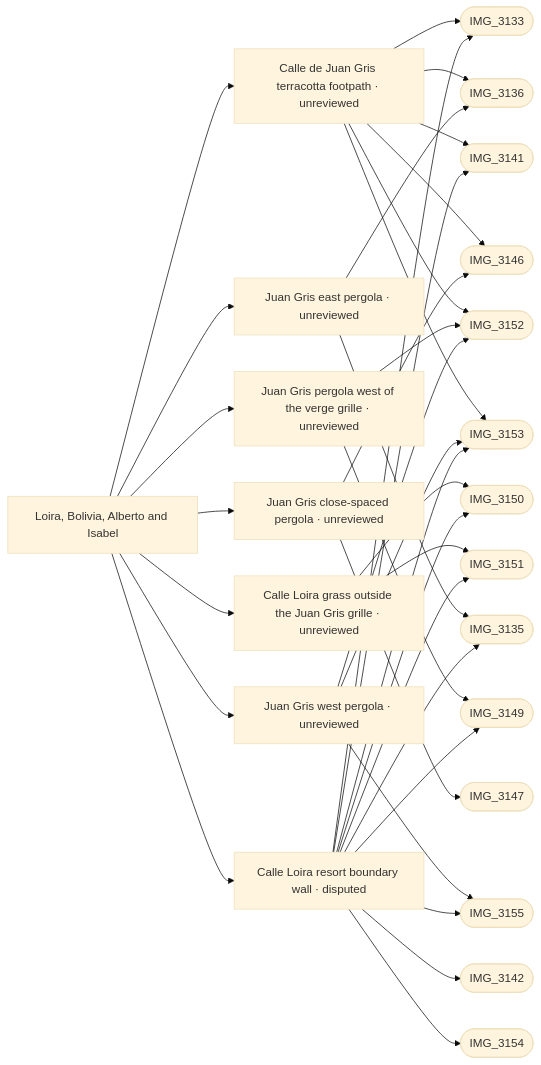
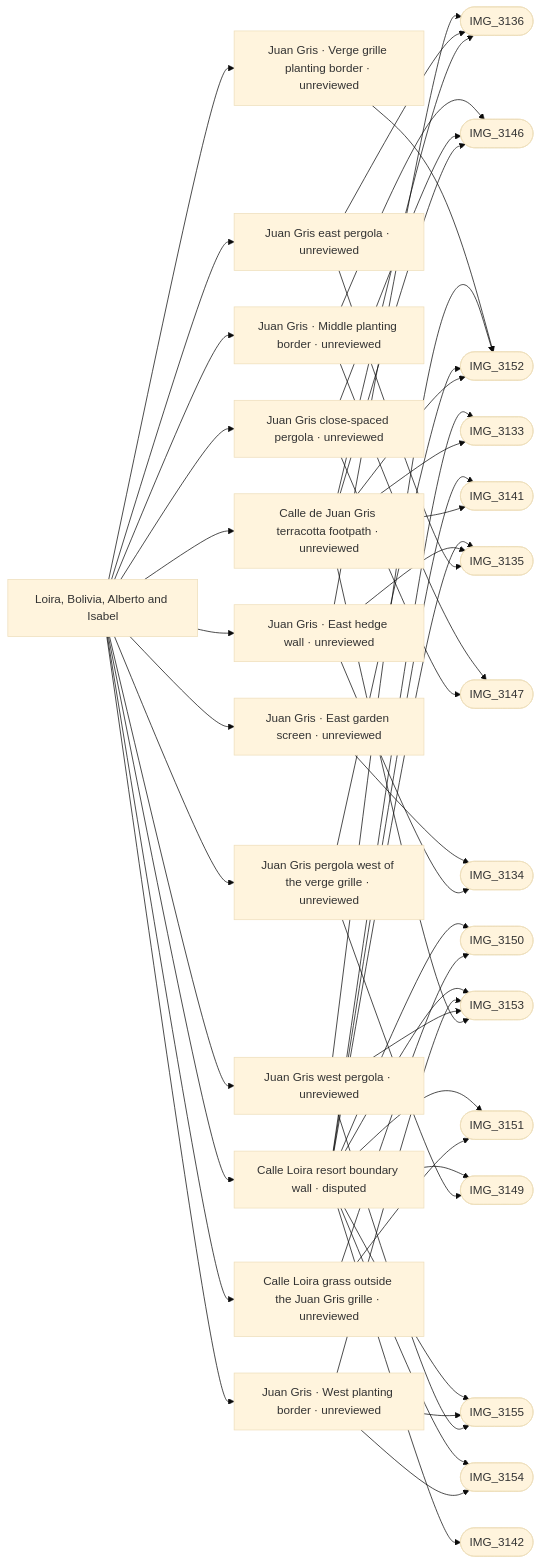
The diagram in refs/areas/north-lanes.md (daveyboyc/villacana-venture), drawn with Mermaid (base theme) before and after one commit. The commit also changed other lines of this file and 25 other files, not shown here.

Commit message:
Build the photographed house-side walls and borders along Juan Gris

````diff
--- a/refs/areas/north-lanes.md
+++ b/refs/areas/north-lanes.md
@@ -37,38 +37,53 @@
 ```mermaid
 graph LR
   A["Loira, Bolivia, Alberto and Isabel"]
   A --> F0["Calle de Juan Gris terracotta footpath · unreviewed"]
   F0 --> PIMG_3133_jpg(["IMG_3133"])
   F0 --> PIMG_3136_jpg(["IMG_3136"])
   F0 --> PIMG_3141_jpg(["IMG_3141"])
   F0 --> PIMG_3146_jpg(["IMG_3146"])
   F0 --> PIMG_3152_jpg(["IMG_3152"])
   F0 --> PIMG_3153_jpg(["IMG_3153"])
   A --> F1["Calle Loira grass outside the Juan Gris grille · unreviewed"]
   F1 --> PIMG_3150_jpg(["IMG_3150"])
   F1 --> PIMG_3151_jpg(["IMG_3151"])
   A --> F2["Juan Gris east pergola · unreviewed"]
   F2 --> PIMG_3135_jpg(["IMG_3135"])
   F2 --> PIMG_3136_jpg(["IMG_3136"])
   A --> F3["Juan Gris pergola west of the verge grille · unreviewed"]
   F3 --> PIMG_3149_jpg(["IMG_3149"])
   F3 --> PIMG_3152_jpg(["IMG_3152"])
   A --> F4["Juan Gris close-spaced pergola · unreviewed"]
   F4 --> PIMG_3146_jpg(["IMG_3146"])
   F4 --> PIMG_3147_jpg(["IMG_3147"])
   A --> F5["Juan Gris west pergola · unreviewed"]
   F5 --> PIMG_3152_jpg(["IMG_3152"])
   F5 --> PIMG_3153_jpg(["IMG_3153"])
   F5 --> PIMG_3155_jpg(["IMG_3155"])
-  A --> F6["Calle Loira resort boundary wall · disputed"]
-  F6 --> PIMG_3133_jpg(["IMG_3133"])
+  A --> F6["Juan Gris · East hedge wall · unreviewed"]
+  F6 --> PIMG_3134_jpg(["IMG_3134"])
   F6 --> PIMG_3135_jpg(["IMG_3135"])
-  F6 --> PIMG_3141_jpg(["IMG_3141"])
-  F6 --> PIMG_3142_jpg(["IMG_3142"])
-  F6 --> PIMG_3149_jpg(["IMG_3149"])
-  F6 --> PIMG_3150_jpg(["IMG_3150"])
-  F6 --> PIMG_3151_jpg(["IMG_3151"])
-  F6 --> PIMG_3153_jpg(["IMG_3153"])
-  F6 --> PIMG_3154_jpg(["IMG_3154"])
-  F6 --> PIMG_3155_jpg(["IMG_3155"])
+  F6 --> PIMG_3136_jpg(["IMG_3136"])
+  A --> F7["Juan Gris · East garden screen · unreviewed"]
+  F7 --> PIMG_3134_jpg(["IMG_3134"])
+  A --> F8["Juan Gris · Verge grille planting border · unreviewed"]
+  F8 --> PIMG_3152_jpg(["IMG_3152"])
+  A --> F9["Juan Gris · Middle planting border · unreviewed"]
+  F9 --> PIMG_3146_jpg(["IMG_3146"])
+  F9 --> PIMG_3147_jpg(["IMG_3147"])
+  A --> F10["Juan Gris · West planting border · unreviewed"]
+  F10 --> PIMG_3153_jpg(["IMG_3153"])
+  F10 --> PIMG_3154_jpg(["IMG_3154"])
+  F10 --> PIMG_3155_jpg(["IMG_3155"])
+  A --> F11["Calle Loira resort boundary wall · disputed"]
+  F11 --> PIMG_3133_jpg(["IMG_3133"])
+  F11 --> PIMG_3135_jpg(["IMG_3135"])
+  F11 --> PIMG_3141_jpg(["IMG_3141"])
+  F11 --> PIMG_3142_jpg(["IMG_3142"])
+  F11 --> PIMG_3149_jpg(["IMG_3149"])
+  F11 --> PIMG_3150_jpg(["IMG_3150"])
+  F11 --> PIMG_3151_jpg(["IMG_3151"])
+  F11 --> PIMG_3153_jpg(["IMG_3153"])
+  F11 --> PIMG_3154_jpg(["IMG_3154"])
+  F11 --> PIMG_3155_jpg(["IMG_3155"])
 ```
````
